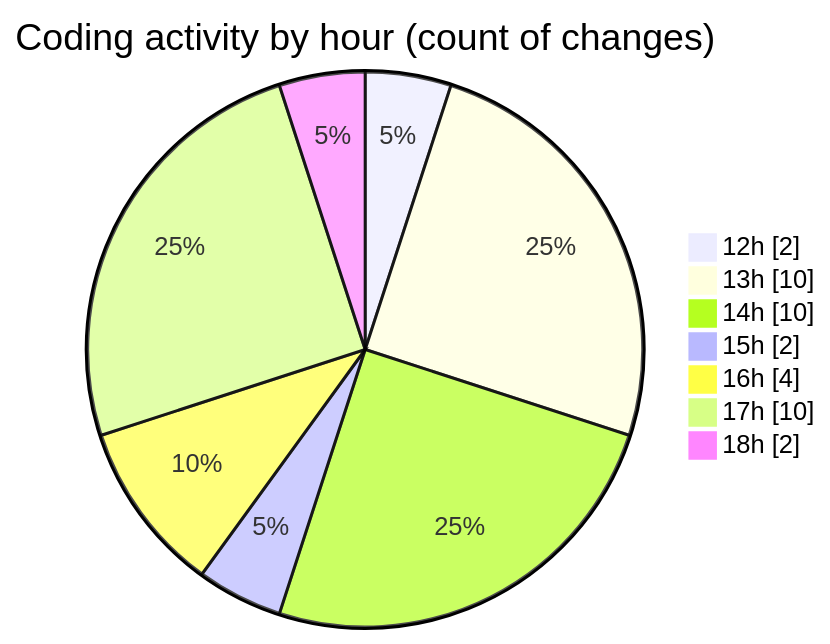
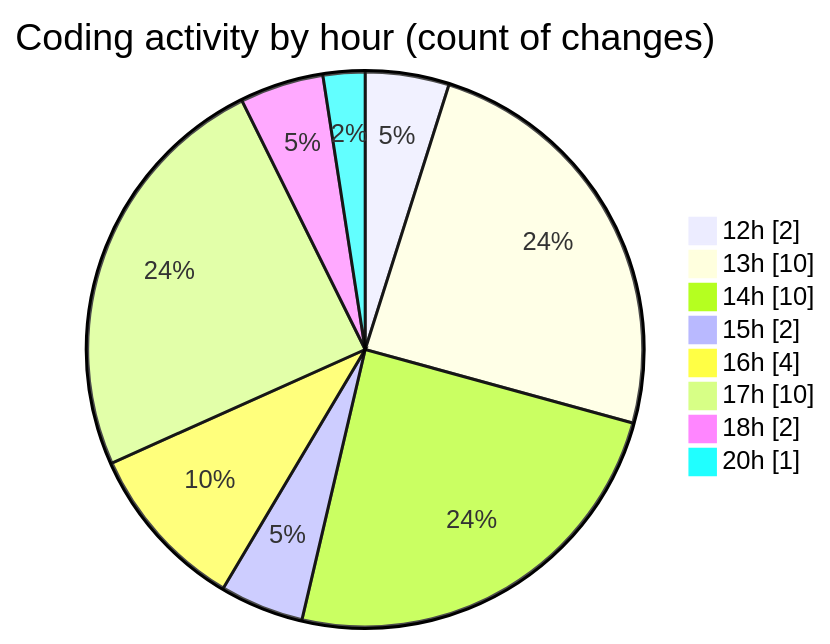
Before and after one commit to shibass792/code-tracking: the second of 2 diagrams in 2026-07-12/untitled__workspace_/README.md, drawn with Mermaid. The commit also changed other lines of this file and 1 other file, not shown here.

````diff
--- a/2026-07-12/untitled__workspace_/README.md
+++ b/2026-07-12/untitled__workspace_/README.md
@@ -39,11 +39,12 @@
 ```mermaid
 pie showData
 title Coding activity by hour (count of changes)
 "12h" : 2
 "13h" : 10
 "14h" : 10
 "15h" : 2
 "16h" : 4
 "17h" : 10
 "18h" : 2
+"20h" : 1
 ```
````
